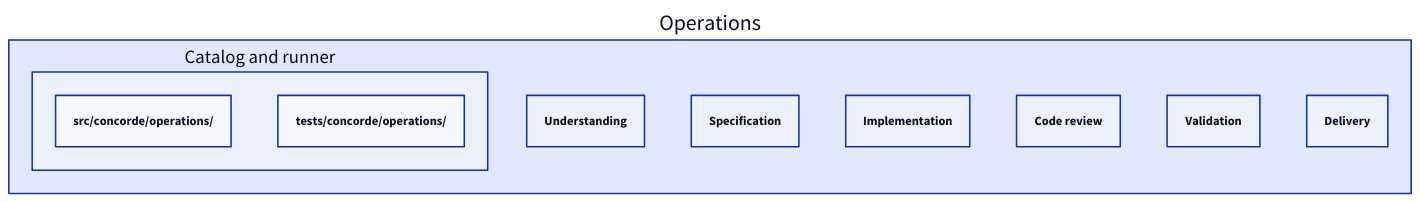
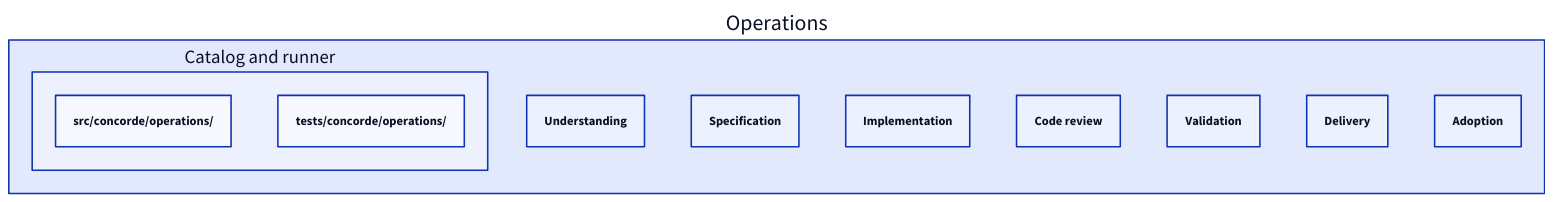
Before and after one commit to FTOD/concorde: the third of 4 diagrams in specs/concorde/operations/module.md, drawn with D2. The commit also changed other lines of this file and 58 other files, not shown here.

````diff
--- a/specs/concorde/operations/module.md
+++ b/specs/concorde/operations/module.md
@@ -183,14 +199,15 @@
 ```d2
 operations: Operations {
   runner: Catalog and runner {
     "src/concorde/operations/"
     "tests/concorde/operations/"
   }
   understanding: Understanding
   specification: Specification
   implementation: Implementation
   codereview: Code review
   validation: Validation
   delivery: Delivery
+  adoption: Adoption
 }
 ```
````
